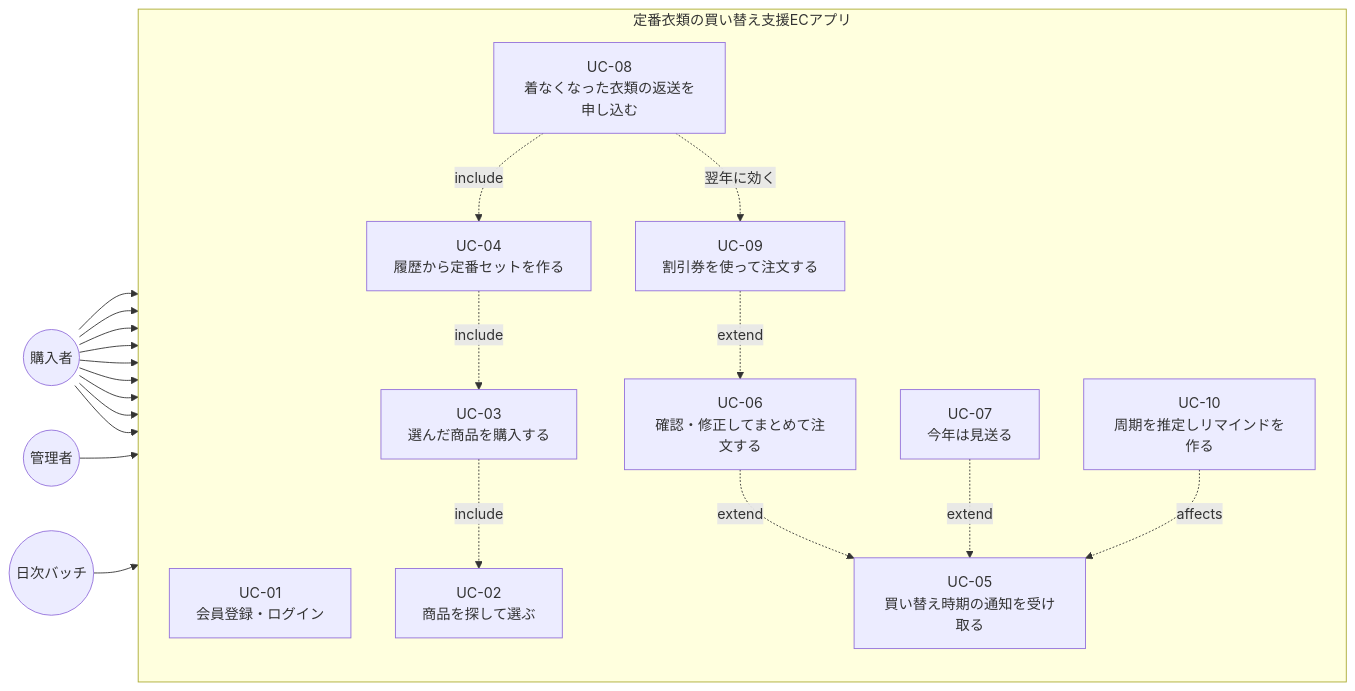
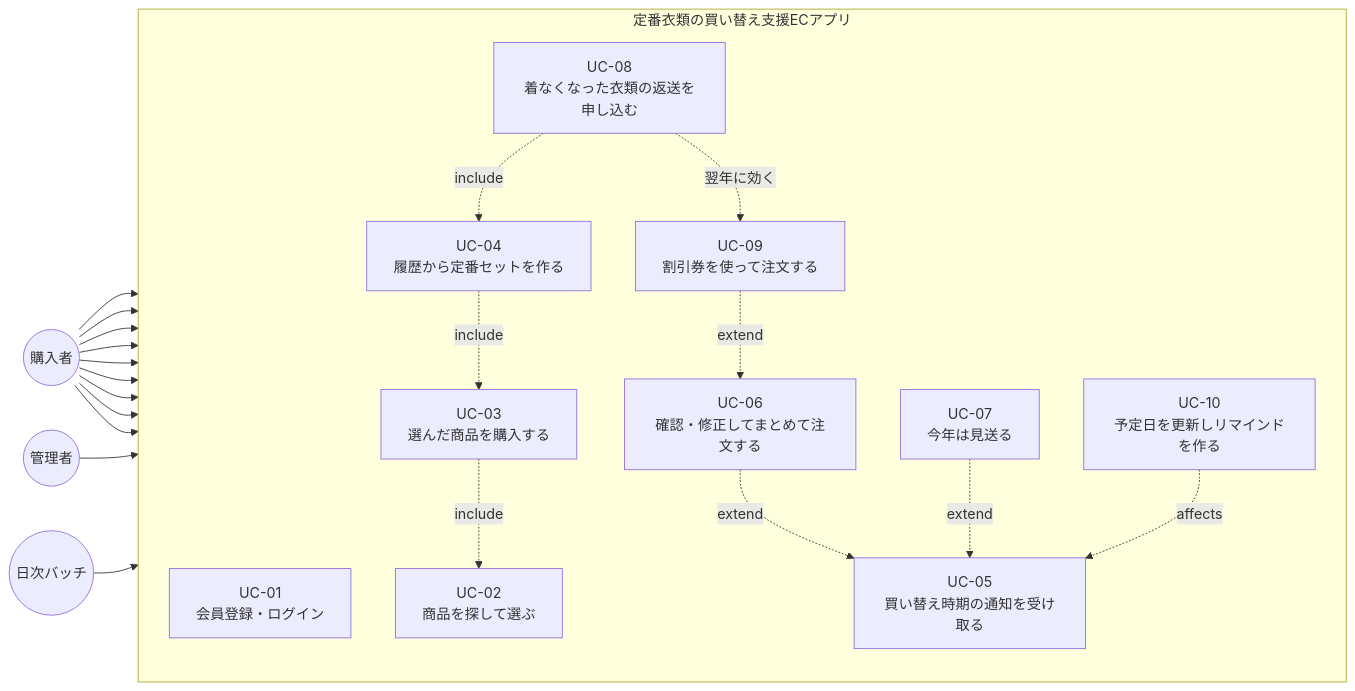
The second of 15 diagrams in 設計仕様書.md (Nagaoka122/tech0-lv3-ec), drawn with Mermaid before and after one commit. The commit also changed other lines of this file and 3 other files, not shown here.

````diff
--- a/設計仕様書.md
+++ b/設計仕様書.md
@@ -62,40 +61,40 @@
 ```mermaid
 flowchart LR
     C(("購入者"))
     M(("管理者"))
     B(("日次バッチ"))
 
     subgraph SYS["定番衣類の買い替え支援ECアプリ"]
         direction TB
         UC1["UC-01<br/>会員登録・ログイン"]
         UC2["UC-02<br/>商品を探して選ぶ"]
         UC3["UC-03<br/>選んだ商品を購入する"]
         UC4["UC-04<br/>履歴から定番セットを作る"]
         UC5["UC-05<br/>買い替え時期の通知を受け取る"]
         UC6["UC-06<br/>確認・修正してまとめて注文する"]
         UC7["UC-07<br/>今年は見送る"]
         UC8["UC-08<br/>着なくなった衣類の返送を申し込む"]
         UC9["UC-09<br/>割引券を使って注文する"]
-        UC10["UC-10<br/>周期を推定しリマインドを作る"]
+        UC10["UC-10<br/>予定日を更新しリマインドを作る"]
     end
 
     C --> UC1
     C --> UC2
     C --> UC3
     C --> UC4
     C --> UC5
     C --> UC6
     C --> UC7
     C --> UC8
     C --> UC9
     M --> UC8
     B --> UC10
     UC3 -.->|include| UC2
     UC4 -.->|include| UC3
     UC8 -.->|include| UC4
     UC9 -.->|extend| UC6
     UC6 -.->|extend| UC5
     UC7 -.->|extend| UC5
     UC10 -.->|affects| UC5
     UC8 -.->|"翌年に効く"| UC9
 ```
````
